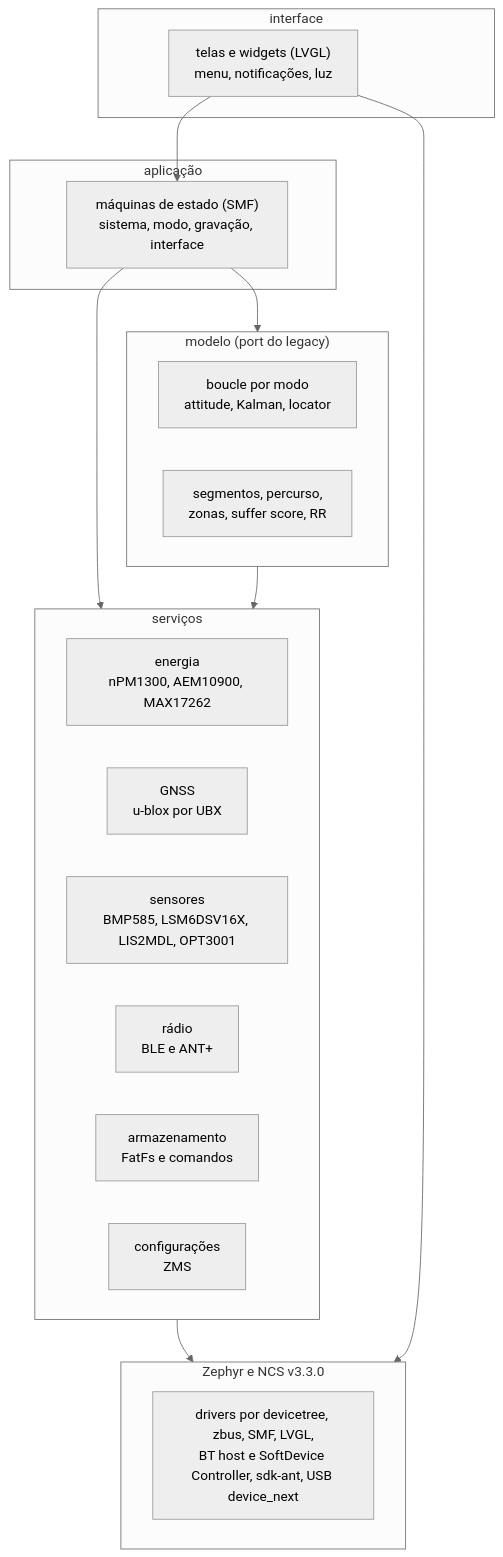
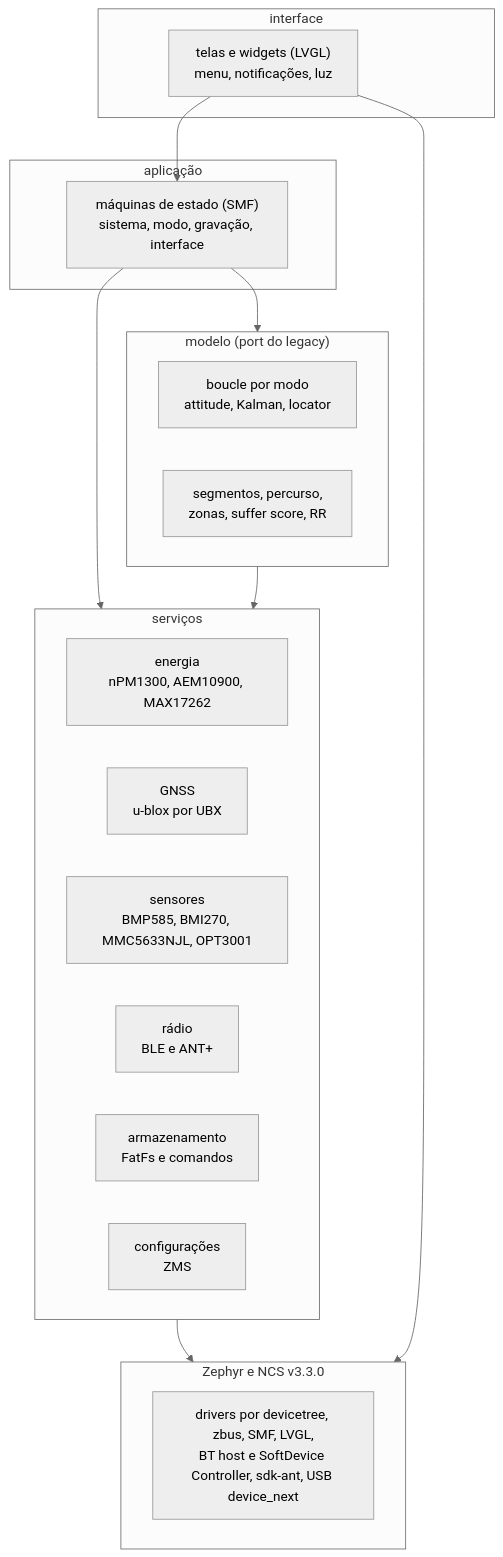
One commit to Guiimartinho/gnss-bike-computer changed the first of 13 diagrams in docs/16-arquitetura-firmware.md. Above: the diagram before and after it, drawn with Mermaid (neutral theme). The commit also changed other lines of this file and 13 other files, not shown here.

````diff
--- a/docs/16-arquitetura-firmware.md
+++ b/docs/16-arquitetura-firmware.md
@@ -42,30 +42,30 @@
 ```mermaid
 flowchart TB
     subgraph UI["interface"]
         SCR["telas e widgets (LVGL)<br/>menu, notificações, luz"]
     end
     subgraph APP["aplicação"]
         FSM["máquinas de estado (SMF)<br/>sistema, modo, gravação, interface"]
     end
     subgraph MODEL["modelo (port do legacy)"]
         BOU["boucle por modo<br/>attitude, Kalman, locator"]
         SEG["segmentos, percurso,<br/>zonas, suffer score, RR"]
     end
     subgraph SVC["serviços"]
         PWR["energia<br/>nPM1300, AEM10900, MAX17262"]
         GNS["GNSS<br/>u-blox por UBX"]
-        SNS["sensores<br/>BMP585, LSM6DSV16X, LIS2MDL, OPT3001"]
+        SNS["sensores<br/>BMP585, BMI270, MMC5633NJL, OPT3001"]
         RAD["rádio<br/>BLE e ANT+"]
         STO["armazenamento<br/>FatFs e comandos"]
         CFG["configurações<br/>ZMS"]
     end
     subgraph ZEP["Zephyr e NCS v3.3.0"]
         DRV["drivers por devicetree, zbus, SMF, LVGL,<br/>BT host e SoftDevice Controller, sdk-ant, USB device_next"]
     end
     SCR --> FSM
     FSM --> MODEL
     FSM --> SVC
     MODEL --> SVC
     SVC --> ZEP
     SCR --> ZEP
 ```
````
